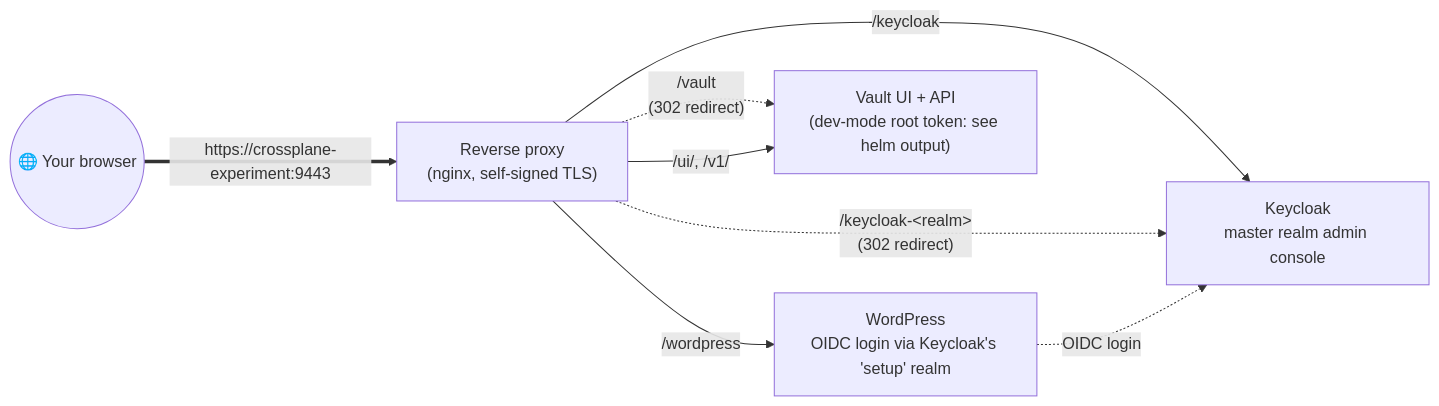
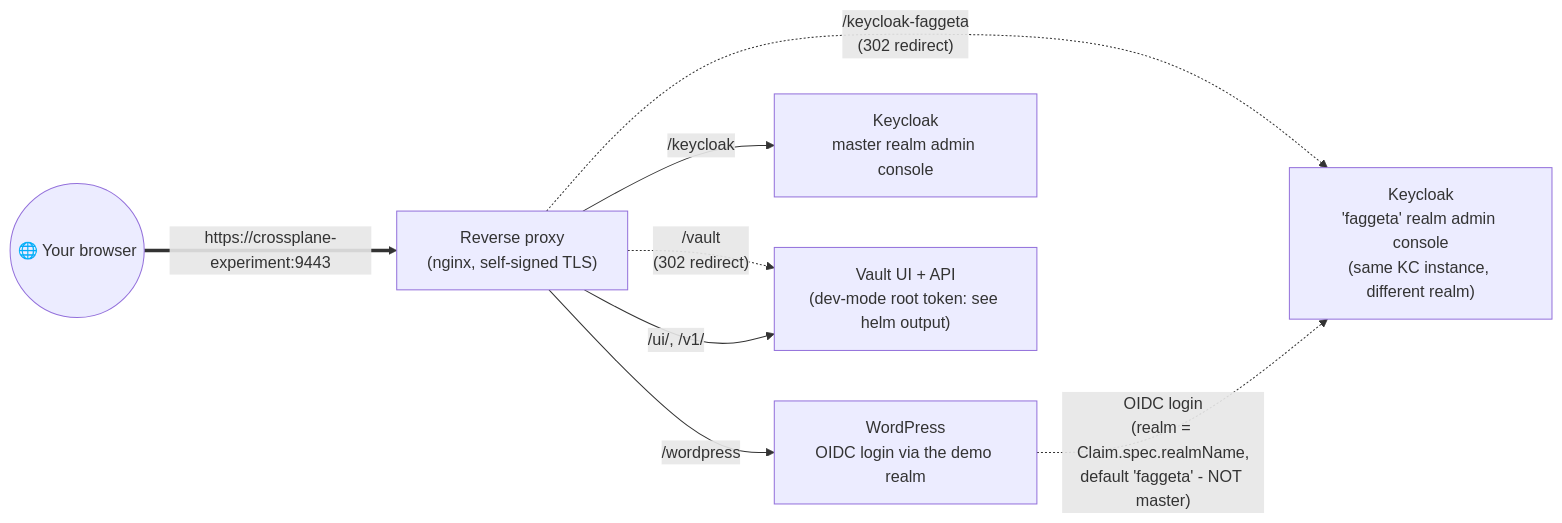
Before and after one commit to lpasquali/crossplane-experiments: the first of 2 diagrams in README.md, drawn with Mermaid. The commit also changed other lines of this file and 1 other file, not shown here.

````diff
--- a/README.md
+++ b/README.md
@@ -100,13 +102,13 @@
 ```mermaid
 flowchart LR
     Browser(("🌐 Your browser"))
     Browser == "https://crossplane-experiment:9443" ==> Proxy["Reverse proxy\n(nginx, self-signed TLS)"]
 
-    Proxy -- "/wordpress" --> WP["WordPress\nOIDC login via Keycloak's 'setup' realm"]
+    Proxy -- "/wordpress" --> WP["WordPress\nOIDC login via the demo realm"]
     Proxy -- "/keycloak" --> KC["Keycloak\nmaster realm admin console"]
-    Proxy -. "/keycloak-&lt;realm&gt;\n(302 redirect)" .-> KC
+    Proxy -. "/keycloak-faggeta\n(302 redirect)" .-> KCF["Keycloak\n'faggeta' realm admin console\n(same KC instance, different realm)"]
     Proxy -. "/vault\n(302 redirect)" .-> UI
     Proxy -- "/ui/, /v1/" --> UI["Vault UI + API\n(dev-mode root token: see helm output)"]
 
-    WP -. "OIDC login" .-> KC
+    WP -. "OIDC login\n(realm = Claim.spec.realmName,\ndefault 'faggeta' - NOT master)" .-> KCF
 ```
````
